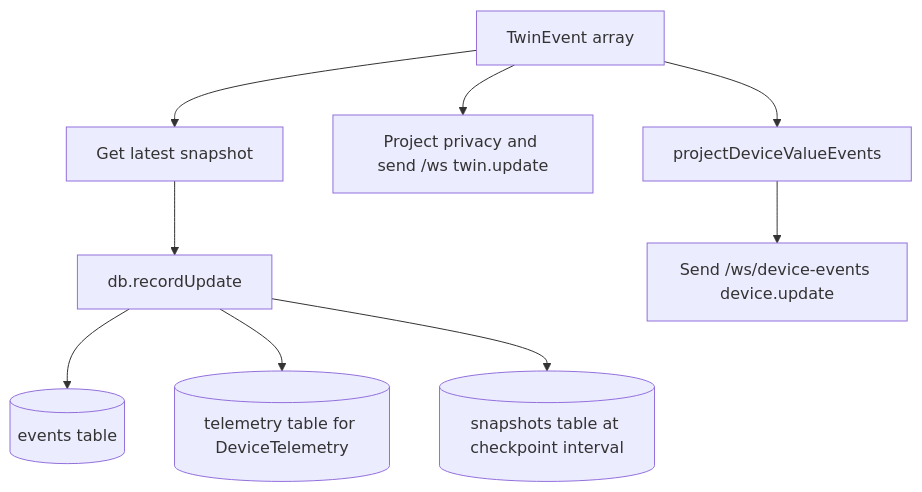
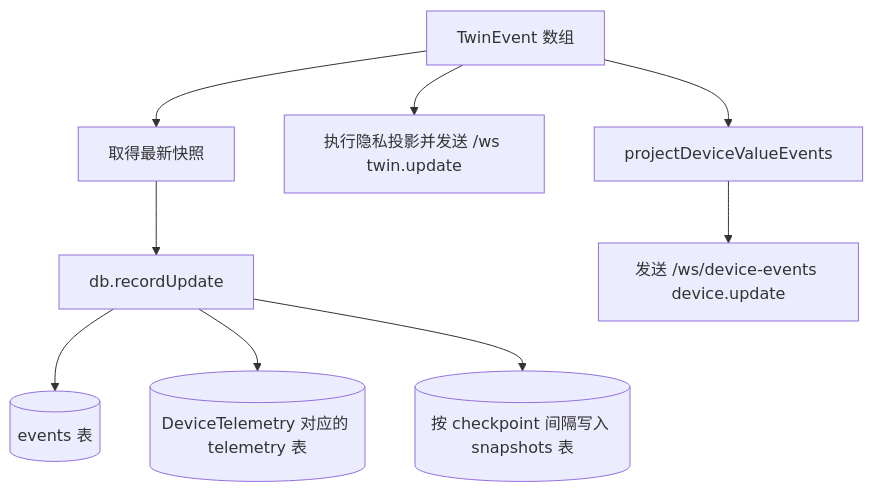
The third of 3 diagrams in docs/event-generation-flow.md (SudoJacky/VirtualHome), drawn with Mermaid before and after one commit. The commit also changed other lines of this file and 2 other files, not shown here.

Commit message:
docs: translate flow docs to Chinese

````diff
--- a/docs/event-generation-flow.md
+++ b/docs/event-generation-flow.md
@@ -158,11 +158,11 @@
 ```mermaid
 flowchart TD
-  Events[TwinEvent array] --> Snapshot[Get latest snapshot]
+  Events[TwinEvent 数组] --> Snapshot[取得最新快照]
   Snapshot --> RecordUpdate[db.recordUpdate]
-  RecordUpdate --> EventsTable[(events table)]
-  RecordUpdate --> TelemetryTable[(telemetry table for DeviceTelemetry)]
-  RecordUpdate --> SnapshotTable[(snapshots table at checkpoint interval)]
-  Events --> FullWS[Project privacy and send /ws twin.update]
+  RecordUpdate --> EventsTable[(events 表)]
+  RecordUpdate --> TelemetryTable[(DeviceTelemetry 对应的 telemetry 表)]
+  RecordUpdate --> SnapshotTable[(按 checkpoint 间隔写入 snapshots 表)]
+  Events --> FullWS[执行隐私投影并发送 /ws twin.update]
   Events --> Flatten[projectDeviceValueEvents]
-  Flatten --> DeviceWS[Send /ws/device-events device.update]
+  Flatten --> DeviceWS[发送 /ws/device-events device.update]
 ```
````
